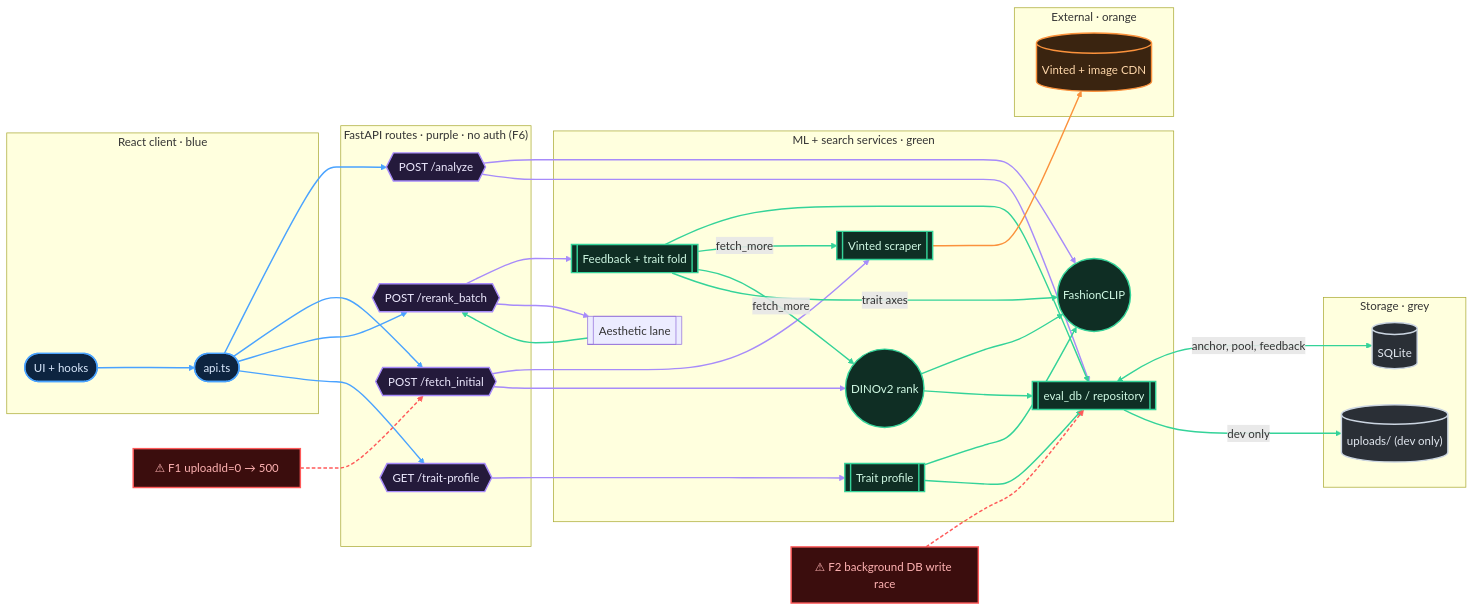
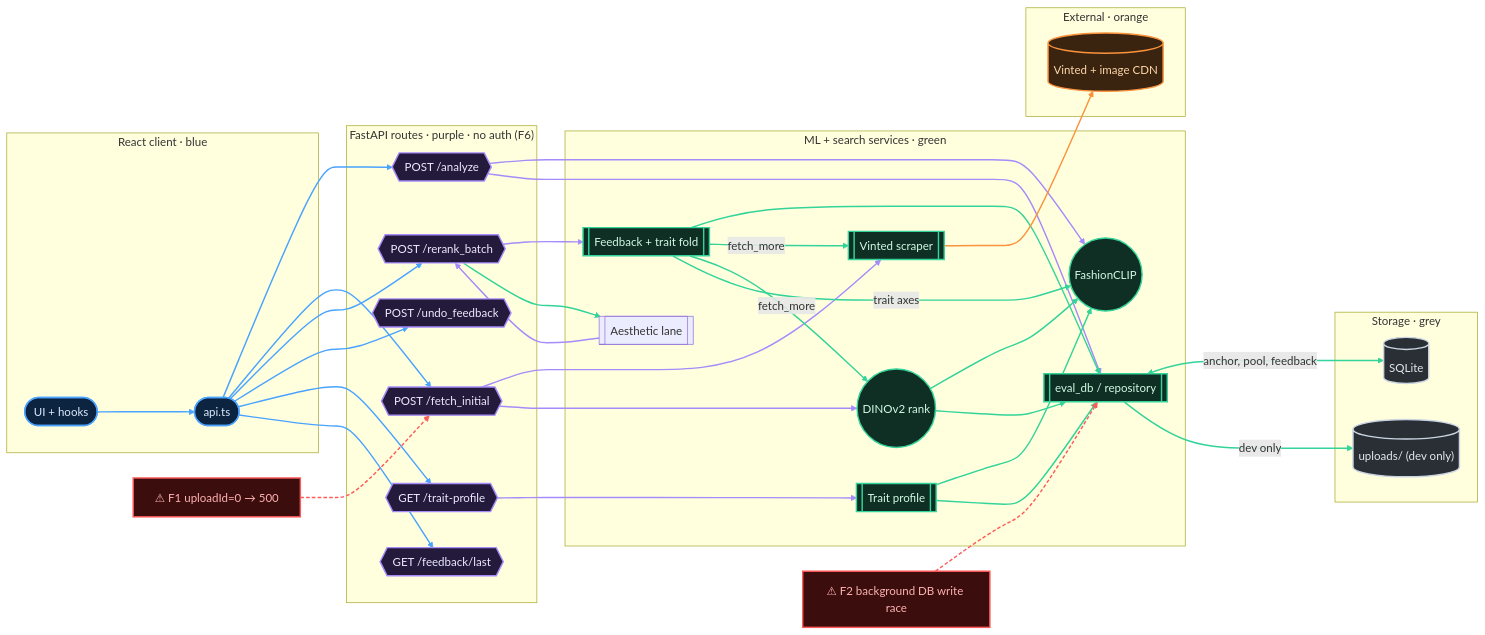
Before and after one commit to bvechiato/rack-sorter: the first of 7 diagrams in docs/flows/README.md, drawn with Mermaid. The commit also changed other lines of this file and 14 other files, not shown here.

First line of the commit message:
Add undo feedback button (issue #17)

````diff
--- a/docs/flows/README.md
+++ b/docs/flows/README.md
@@ -31,7 +31,9 @@
         AN{{"POST /analyze"}}
         FI{{"POST /fetch_initial"}}
         RR{{"POST /rerank_batch"}}
+        UF{{"POST /undo_feedback"}}
         TP{{"GET /trait-profile"}}
+        LF{{"GET /feedback/last"}}
     end
 
     subgraph Services["ML + search services · green"]
@@ -60,7 +62,9 @@
     API --> AN
     API --> FI
     API --> RR
+    API --> UF
     API --> TP
+    API --> LF
 
     AN --> CL
     AN --> EV
@@ -88,15 +92,15 @@
     AL --> RR
 
     class UI,API client
-    class AN,FI,RR,TP route
+    class AN,FI,RR,UF,TP,LF route
     class EV,SC,DN,CL,FD,PR service
     class VI external
     class DB,FS storage
     class F1,F2 fault
 
-    linkStyle 0,1,2,3,4 stroke:#4aa3ff,stroke-width:2px
-    linkStyle 5,6,7,8,9,10,24 stroke:#a78bfa,stroke-width:2px
-    linkStyle 11,12,13,14,15,16,17,18,19,20,25 stroke:#34d399,stroke-width:2px
-    linkStyle 21 stroke:#fb923c,stroke-width:2px
-    linkStyle 22,23 stroke:#ff5a5a,stroke-width:2px,stroke-dasharray: 5 3
+    linkStyle 0,1,2,3,4,5,6 stroke:#4aa3ff,stroke-width:2px
+    linkStyle 7,8,9,10,11,12,27 stroke:#a78bfa,stroke-width:2px
+    linkStyle 13,14,15,16,17,18,19,20,21,22,26 stroke:#34d399,stroke-width:2px
+    linkStyle 23 stroke:#fb923c,stroke-width:2px
+    linkStyle 24,25 stroke:#ff5a5a,stroke-width:2px,stroke-dasharray: 5 3
 ```
````
